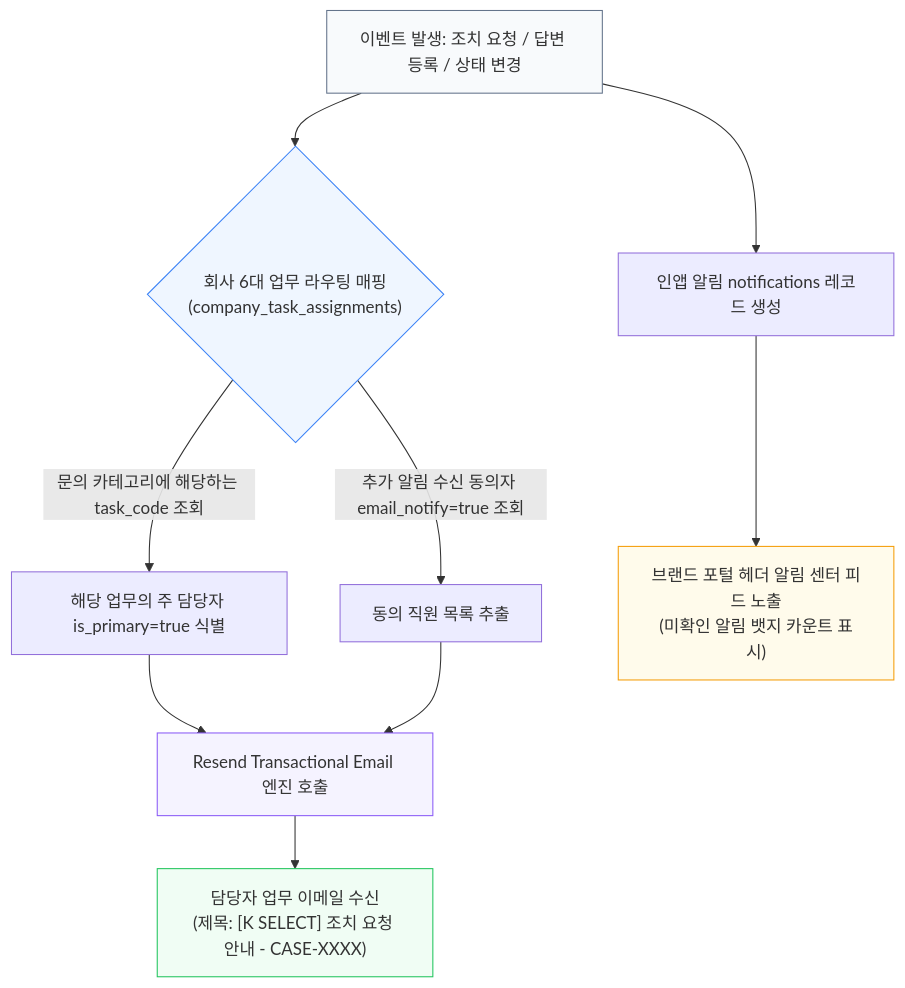
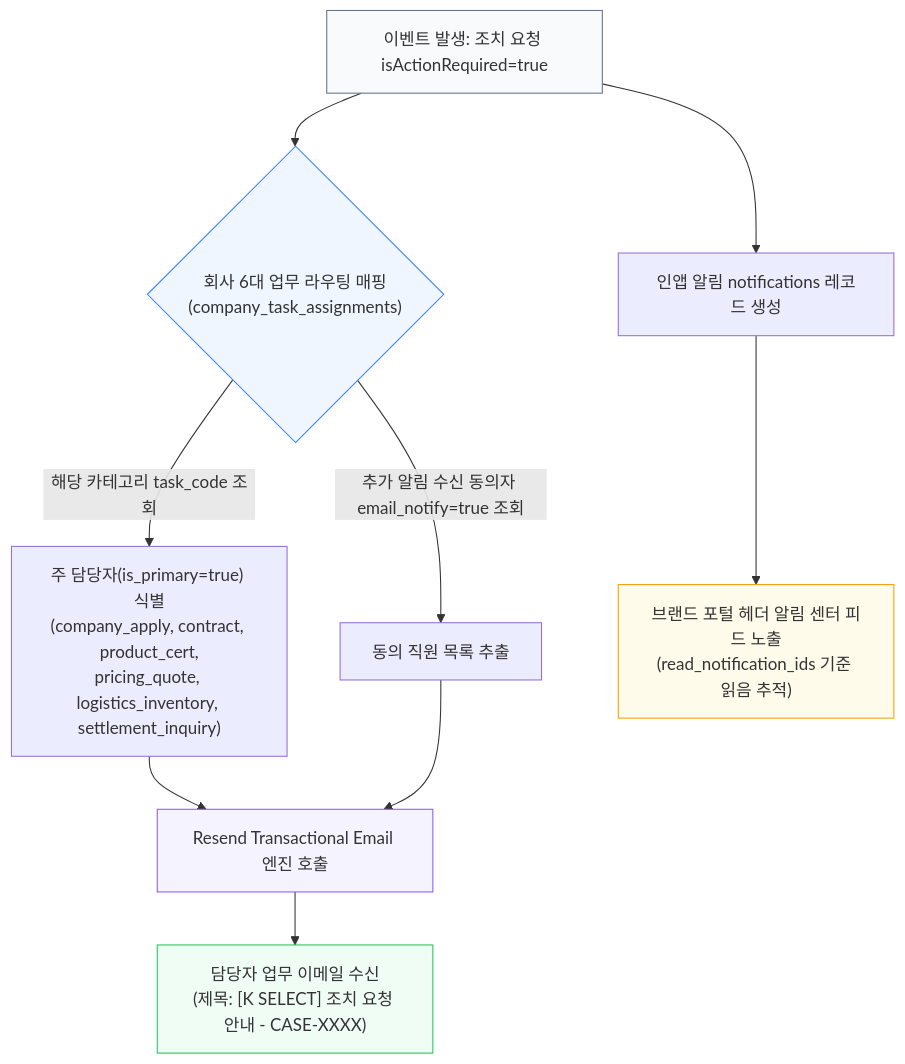
The fifth of 7 diagrams in Manuals/MAN-B-TASK-001_Task-Communication/01_SOURCE/MAN-B-TASK-001_Workflow_Map.md (chaehahm-Kr/KBGP-Portal), drawn with Mermaid before and after one commit. The commit also changed other lines of this file and 3 other files, not shown here.

````diff
--- a/Manuals/MAN-B-TASK-001_Task-Communication/01_SOURCE/MAN-B-TASK-001_Workflow_Map.md
+++ b/Manuals/MAN-B-TASK-001_Task-Communication/01_SOURCE/MAN-B-TASK-001_Workflow_Map.md
@@ -161,19 +161,19 @@
 ```mermaid
 flowchart TD
-    A[이벤트 발생: 조치 요청 / 답변 등록 / 상태 변경] --> B{"회사 6대 업무 라우팅 매핑<br/>(company_task_assignments)"}
+    A[이벤트 발생: 조치 요청 isActionRequired=true] --> B{"회사 6대 업무 라우팅 매핑<br/>(company_task_assignments)"}
     
-    B -->|문의 카테고리에 해당하는 task_code 조회| C[해당 업무의 주 담당자 is_primary=true 식별]
+    B -->|해당 카테고리 task_code 조회| C["주 담당자(is_primary=true) 식별<br/>(company_apply, contract, product_cert,<br/>pricing_quote, logistics_inventory, settlement_inquiry)"]
     B -->|추가 알림 수신 동의자 email_notify=true 조회| D[동의 직원 목록 추출]
     
     C & D --> E[Resend Transactional Email 엔진 호출]
     E --> F["담당자 업무 이메일 수신<br/>(제목: [K SELECT] 조치 요청 안내 - CASE-XXXX)"]
     
     A --> G[인앱 알림 notifications 레코드 생성]
-    G --> H["브랜드 포털 헤더 알림 센터 피드 노출<br/>(미확인 알림 뱃지 카운트 표시)"]
+    G --> H["브랜드 포털 헤더 알림 센터 피드 노출<br/>(read_notification_ids 기준 읽음 추적)"]
 
     style A fill:#f8fafc,stroke:#64748b
     style B fill:#eff6ff,stroke:#3b82f6
     style E fill:#f5f3ff,stroke:#8b5cf6
     style F fill:#f0fdf4,stroke:#22c55e
     style H fill:#fffbeb,stroke:#f59e0b
 ```
````
